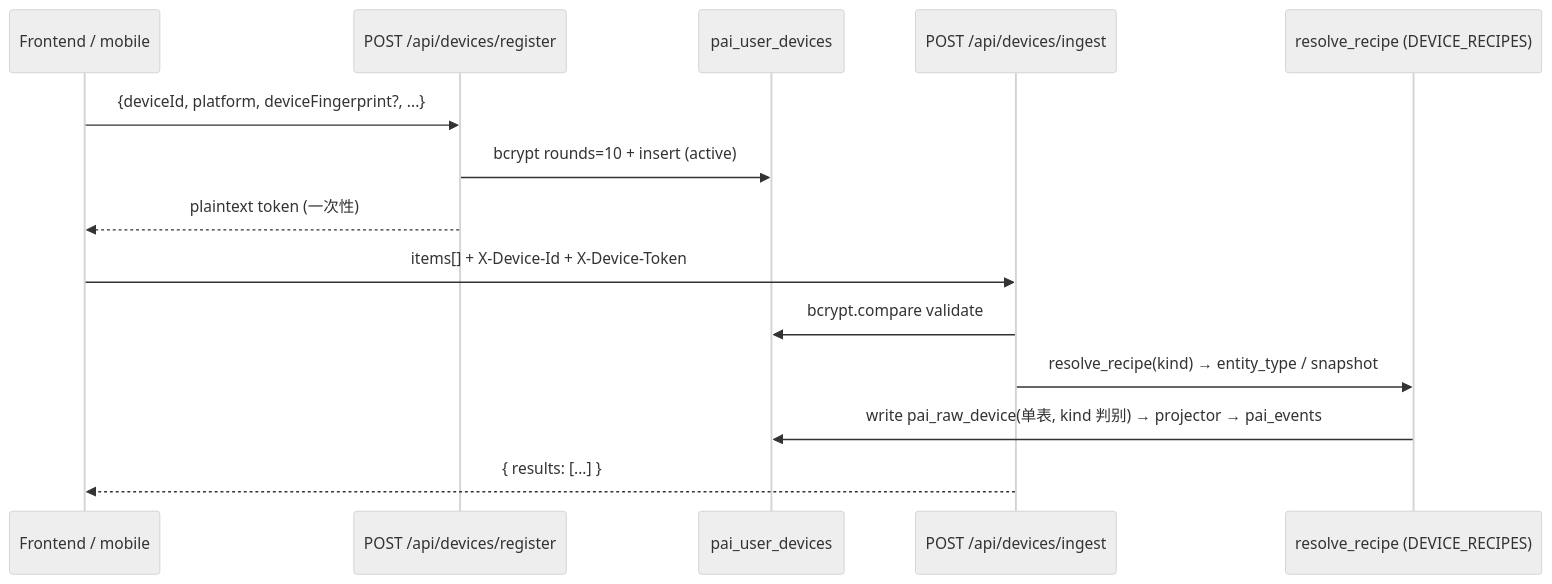
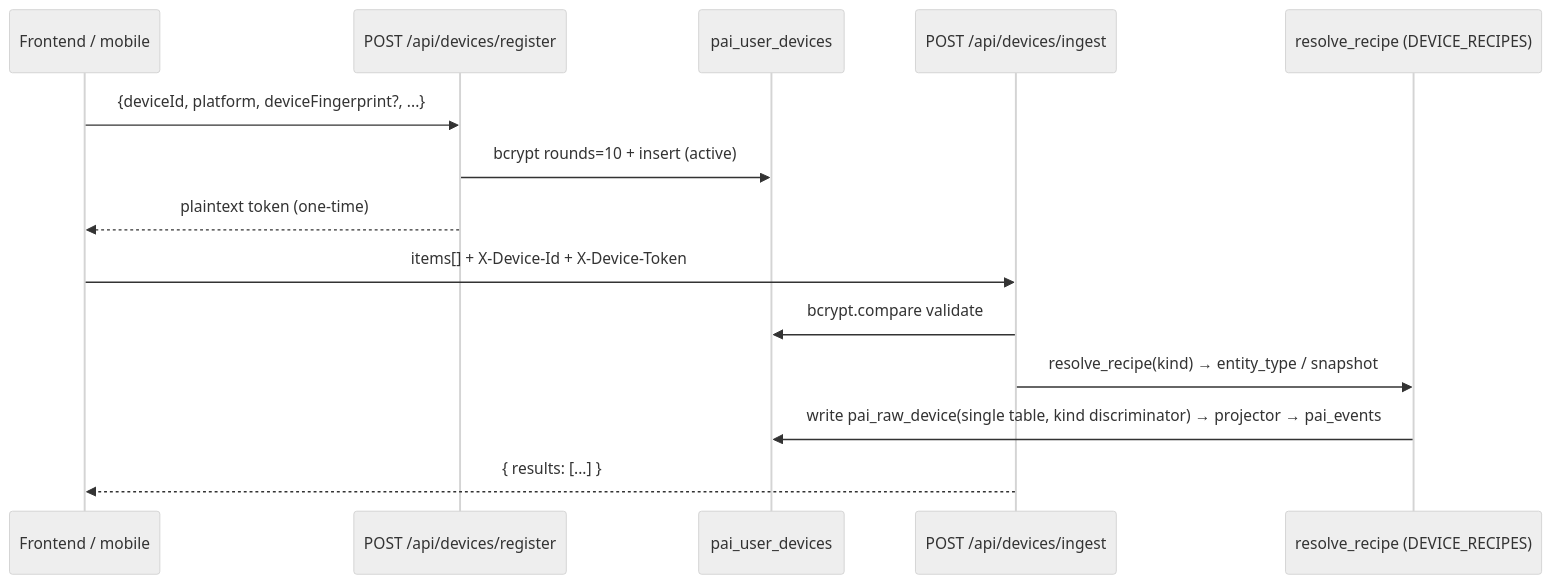
Before and after one commit to Edge-AI-HQ/proactive-assistant: the fourth of 4 diagrams in docs/modules/data-connectors.mdx, drawn with Mermaid (neutral theme). The commit also changed other lines of this file and 12 other files, not shown here.

````diff
--- a/docs/modules/data-connectors.mdx
+++ b/docs/modules/data-connectors.mdx
@@ -179,17 +179,17 @@
 ```mermaid
 sequenceDiagram
   participant FE as Frontend / mobile
   participant Reg as POST /api/devices/register
   participant DB as pai_user_devices
   participant Ing as POST /api/devices/ingest
   participant Recipes as resolve_recipe (DEVICE_RECIPES)
 
   FE->>Reg: {deviceId, platform, deviceFingerprint?, ...}
   Reg->>DB: bcrypt rounds=10 + insert (active)
-  Reg-->>FE: plaintext token (一次性)
+  Reg-->>FE: plaintext token (one-time)
   FE->>Ing: items[] + X-Device-Id + X-Device-Token
   Ing->>DB: bcrypt.compare validate
   Ing->>Recipes: resolve_recipe(kind) → entity_type / snapshot
-  Recipes->>DB: write pai_raw_device(单表, kind 判别) → projector → pai_events
+  Recipes->>DB: write pai_raw_device(single table, kind discriminator) → projector → pai_events
   Ing-->>FE: { results: [...] }
 ```
````
